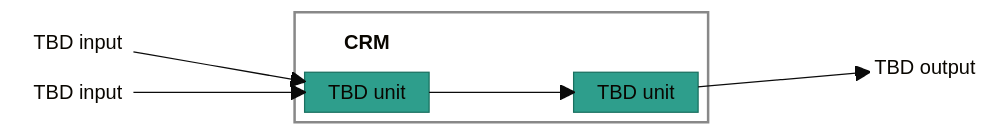
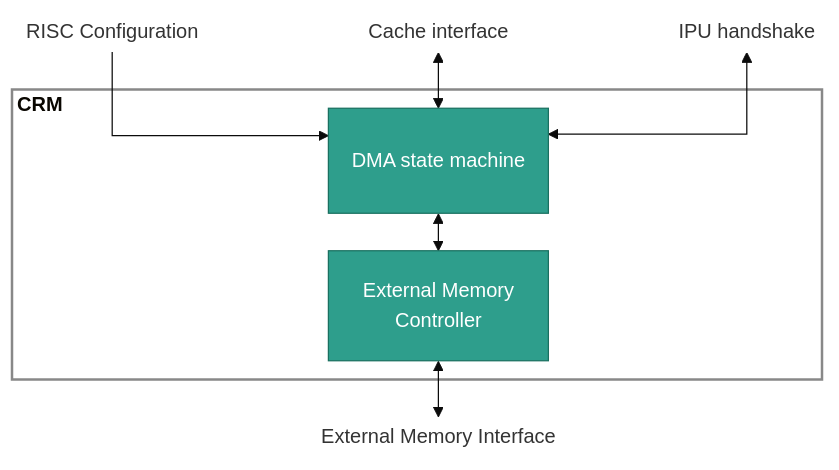
The diagram in docs/content/specs/ARCH-crm.md (rechefe/ipu-emulator), drawn with Mermaid (base theme) before and after one commit. The commit also changed other lines of this file, not shown here.

Commit message:
Update CRM block diagram: replace placeholders with actual units and interfaces

````diff
--- a/docs/content/specs/ARCH-crm.md
+++ b/docs/content/specs/ARCH-crm.md
@@ -37,33 +34,25 @@
 ```mermaid
-block-beta
-    columns 7
-    block:INS:1
-        columns 1
-        IN_A["TBD input"]
-        IN_B["TBD input"]
+%%{init: {"flowchart": {"curve": "stepBefore", "nodeSpacing": 120, "rankSpacing": 30, "padding": 4}}}%%
+flowchart TB
+    RISC["RISC Configuration"]
+    CACHE["Cache interface"]
+    IPU["IPU handshake"]
+    subgraph CRM ["<span style='display:inline-block;width:640px;text-align:left;font-weight:bold'>CRM</span>"]
+        DMA["<span style='display:inline-block;width:160px;padding:26px 0'>DMA state machine</span>"]
+        EMC["<span style='display:inline-block;width:160px;padding:16px 0'>External Memory<br>Controller</span>"]
     end
-    space
-    block:CRM:3
-        columns 3
-        TITLE["CRM"] space:2
-        A["TBD unit"] space B["TBD unit"]
-    end
-    space
-    block:OUTS:1
-        columns 1
-        OUT_A["TBD output"]
-    end
+    EMI["External Memory Interface"]
 
-    IN_A --> A
-    IN_B --> A
-    A --> B
-    B --> OUT_A
+    RISC --> DMA
+    CACHE <--> DMA
+    IPU <--> DMA
+    DMA <--> EMC
+    EMC <--> EMI
+    linkStyle 1,3,4 interpolate linear
 
     classDef io fill:none,stroke:none
     classDef blk fill:#2e9e8c,stroke:#1a7060,color:#fff
-    classDef title fill:none,stroke:none,font-weight:bold
-    class IN_A,IN_B,OUT_A,INS,OUTS io
-    class A,B blk
-    class TITLE title
+    class RISC,CACHE,IPU,EMI io
+    class DMA,EMC blk
     style CRM fill:none,stroke:#888,stroke-width:2px
 ```
````
